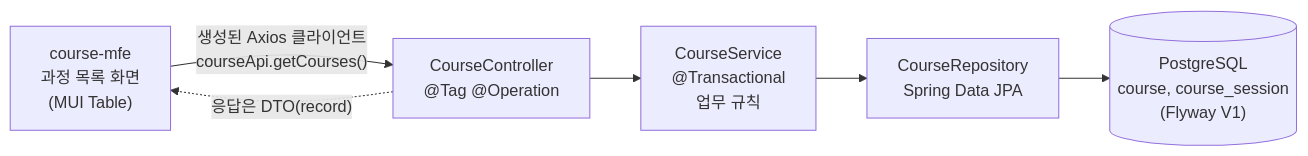
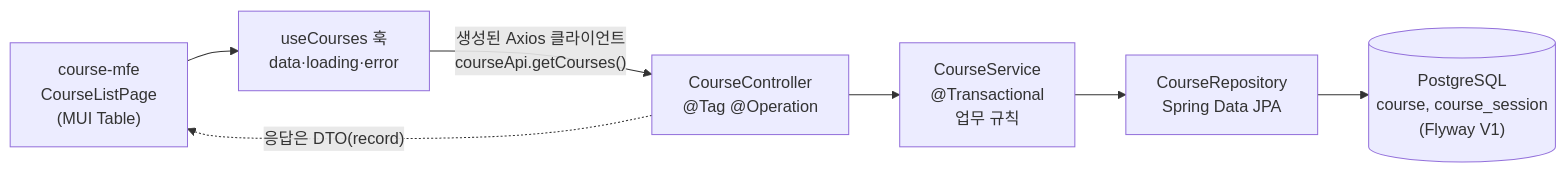
One commit to lucky-sugar-park/claude-edu changed the fourth of 9 diagrams in sessions/session-03-feature-dev-and-github.md. Above: the diagram before and after it, drawn with Mermaid. The commit also changed other lines of this file, not shown here.

First line of the commit message:
3회차: course-mfe에 useCourses 훅 구조 명시(지시문·검증된 코드·테스트), 5장에 훅 확인·리팩터링 지시와 재현 테스트 추가

````diff
--- a/sessions/session-03-feature-dev-and-github.md
+++ b/sessions/session-03-feature-dev-and-github.md
@@ -142,8 +142,9 @@
 ```mermaid
 flowchart LR
-    UI["course-mfe<br/>과정 목록 화면<br/>(MUI Table)"] -- "생성된 Axios 클라이언트<br/>courseApi.getCourses()" --> C["CourseController<br/>@Tag @Operation"]
+    UI["course-mfe<br/>CourseListPage<br/>(MUI Table)"] --> H["useCourses 훅<br/>data·loading·error"]
+    H -- "생성된 Axios 클라이언트<br/>courseApi.getCourses()" --> C["CourseController<br/>@Tag @Operation"]
     C --> S["CourseService<br/>@Transactional<br/>업무 규칙"]
     S --> R["CourseRepository<br/>Spring Data JPA"]
     R --> DB[("PostgreSQL<br/>course, course_session<br/>(Flyway V1)")]
     C -. "응답은 DTO(record)" .-> UI
 ```
````
